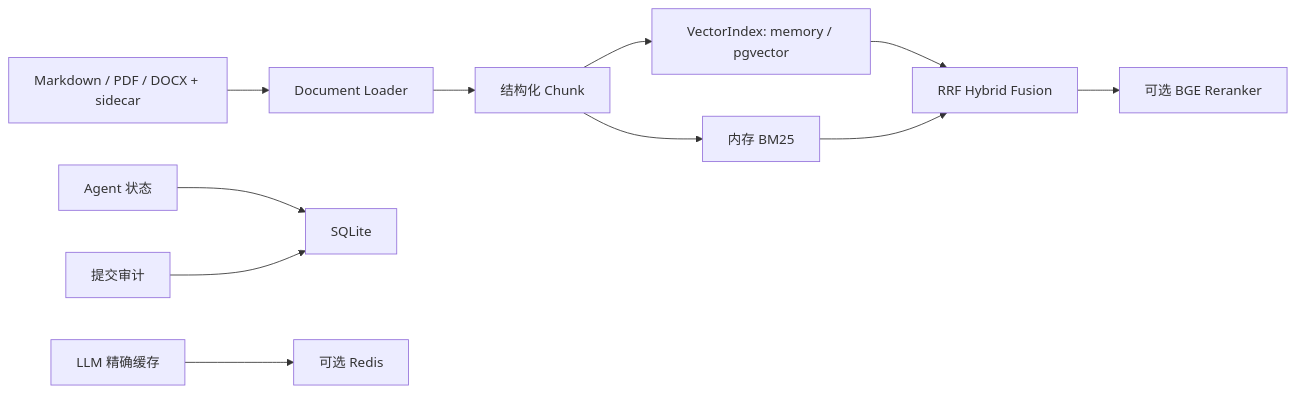
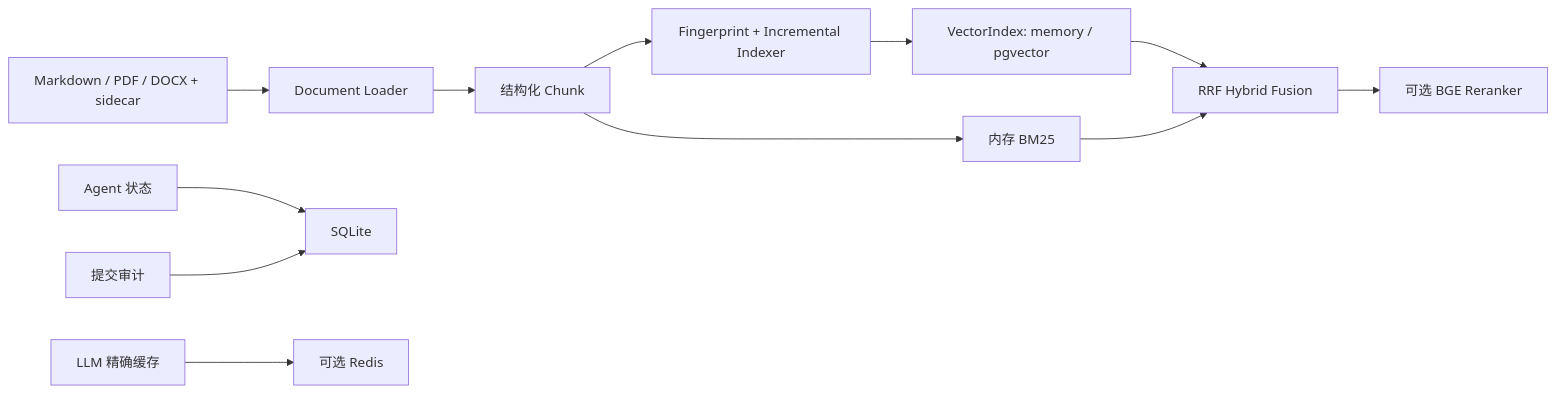
One commit to greyle12/enterprise-policy-agent changed the third of 3 diagrams in docs/system_architecture.md. Above: the diagram before and after it, drawn with Mermaid. The commit also changed other lines of this file and 34 other files, not shown here.

````diff
--- a/docs/system_architecture.md
+++ b/docs/system_architecture.md
@@ -89,13 +89,14 @@
 ```mermaid
 flowchart LR
     Policies["Markdown / PDF / DOCX + sidecar"] --> Loader["Document Loader"]
     Loader --> Chunks["结构化 Chunk"]
-    Chunks --> Vector["VectorIndex: memory / pgvector"]
+    Chunks --> Indexer["Fingerprint + Incremental Indexer"]
+    Indexer --> Vector["VectorIndex: memory / pgvector"]
     Chunks --> BM25["内存 BM25"]
     Vector --> Fusion["RRF Hybrid Fusion"]
     BM25 --> Fusion
     Fusion --> Reranker["可选 BGE Reranker"]
     AgentState["Agent 状态"] --> SQLite["SQLite"]
     Audit["提交审计"] --> SQLite
     Cache["LLM 精确缓存"] --> Redis["可选 Redis"]
 ```
````
